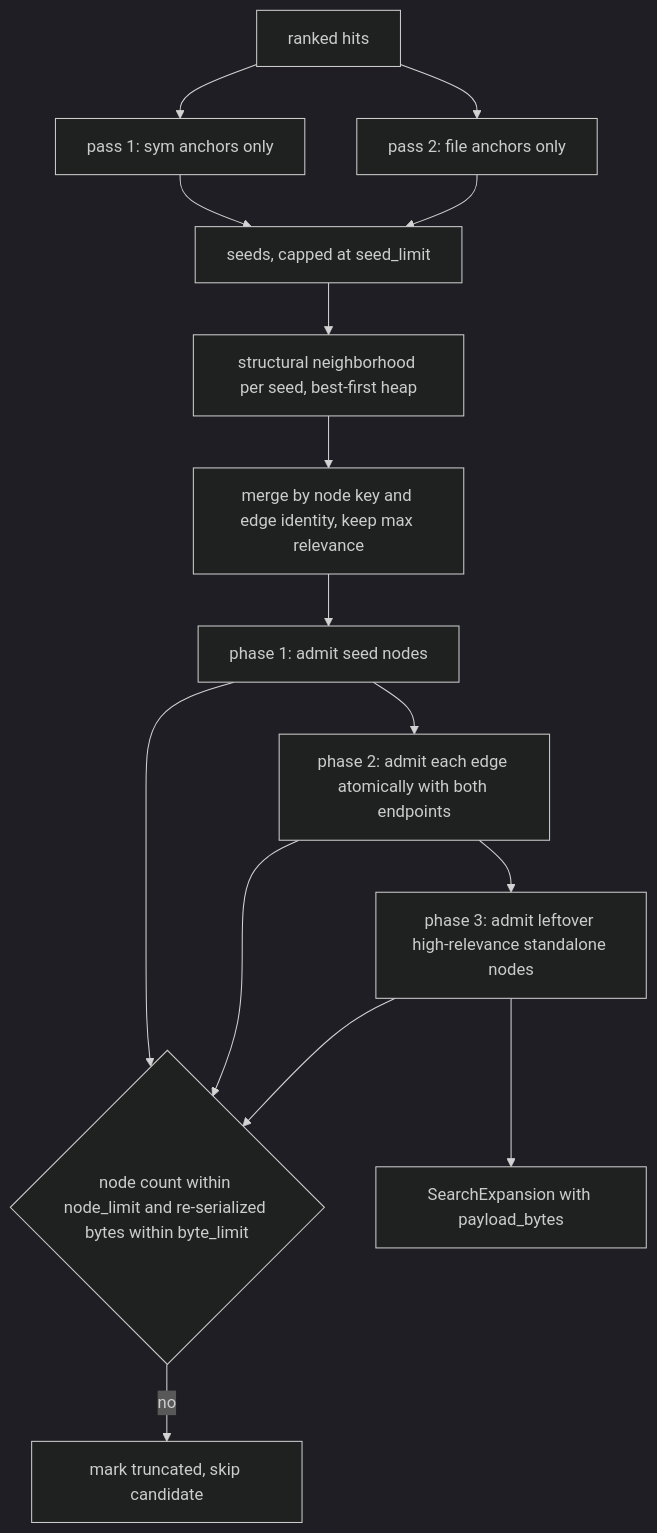
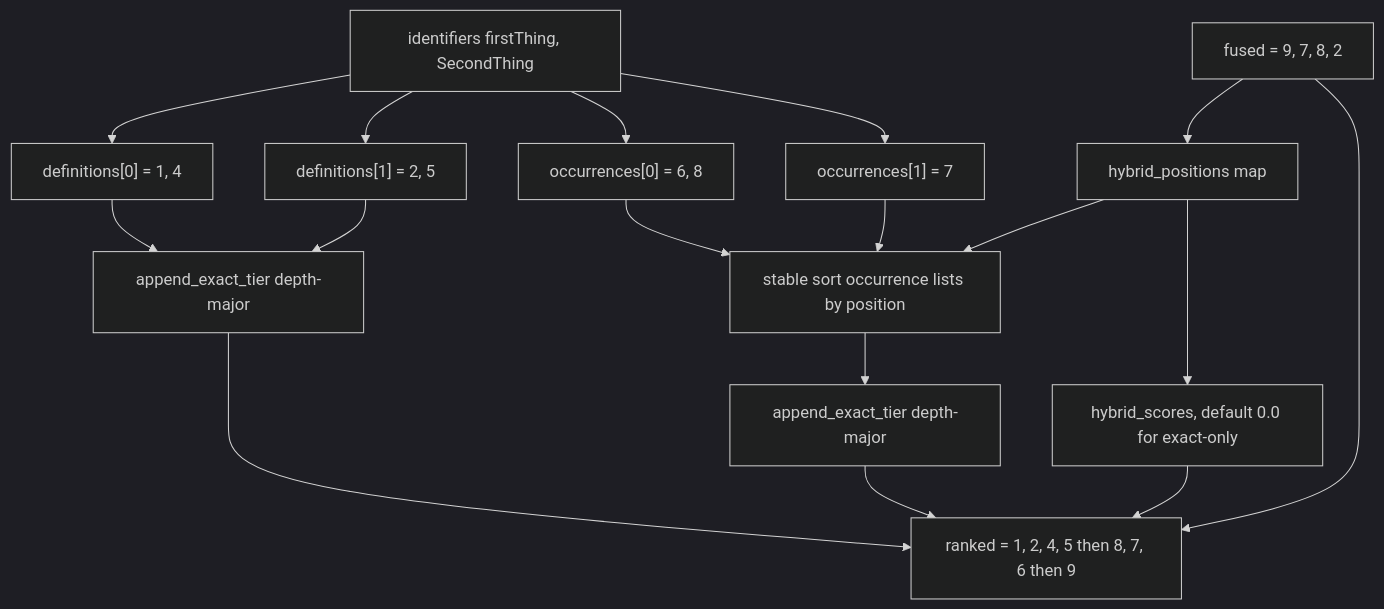
The second of 3 diagrams in docs/codebase-analysis/07-retrieval.md (iantocristian/jscout), drawn with Mermaid (dark theme) before and after one commit. The commit also changed other lines of this file and 28 other files, not shown here.

````diff
--- a/docs/codebase-analysis/07-retrieval.md
+++ b/docs/codebase-analysis/07-retrieval.md
@@ -141,24 +79,19 @@
 ```mermaid
 flowchart TD
-  H["ranked hits"]
-  P1["pass 1: sym anchors only"]
-  P2["pass 2: file anchors only"]
-  S["seeds, capped at seed_limit"]
-  NB["structural neighborhood per seed, best-first heap"]
-  M["merge by node key and edge identity, keep max relevance"]
-  A1["phase 1: admit seed nodes"]
-  A2["phase 2: admit each edge atomically with both endpoints"]
-  A3["phase 3: admit leftover high-relevance standalone nodes"]
-  CH{"node count within node_limit and re-serialized bytes within byte_limit"}
-  T["mark truncated, skip candidate"]
-  PACK["SearchExpansion with payload_bytes"]
-
-  H --> P1 --> S
-  H --> P2 --> S
-  S --> NB --> M
-  M --> A1 --> A2 --> A3 --> PACK
-  A1 --> CH
-  A2 --> CH
-  A3 --> CH
-  CH -- "no" --> T
+  ID["identifiers firstThing, SecondThing"] --> DEF1["definitions[0] = 1, 4"]
+  ID --> DEF2["definitions[1] = 2, 5"]
+  ID --> OCC1["occurrences[0] = 6, 8"]
+  ID --> OCC2["occurrences[1] = 7"]
+  HYB["fused = 9, 7, 8, 2"] --> POS["hybrid_positions map"]
+  POS --> SORT["stable sort occurrence lists by position"]
+  OCC1 --> SORT
+  OCC2 --> SORT
+  DEF1 --> RR1["append_exact_tier depth-major"]
+  DEF2 --> RR1
+  SORT --> RR2["append_exact_tier depth-major"]
+  RR1 --> OUT["ranked = 1, 2, 4, 5 then 8, 7, 6 then 9"]
+  RR2 --> OUT
+  HYB --> OUT
+  POS --> SCORE["hybrid_scores, default 0.0 for exact-only"]
+  SCORE --> OUT
 ```
````
